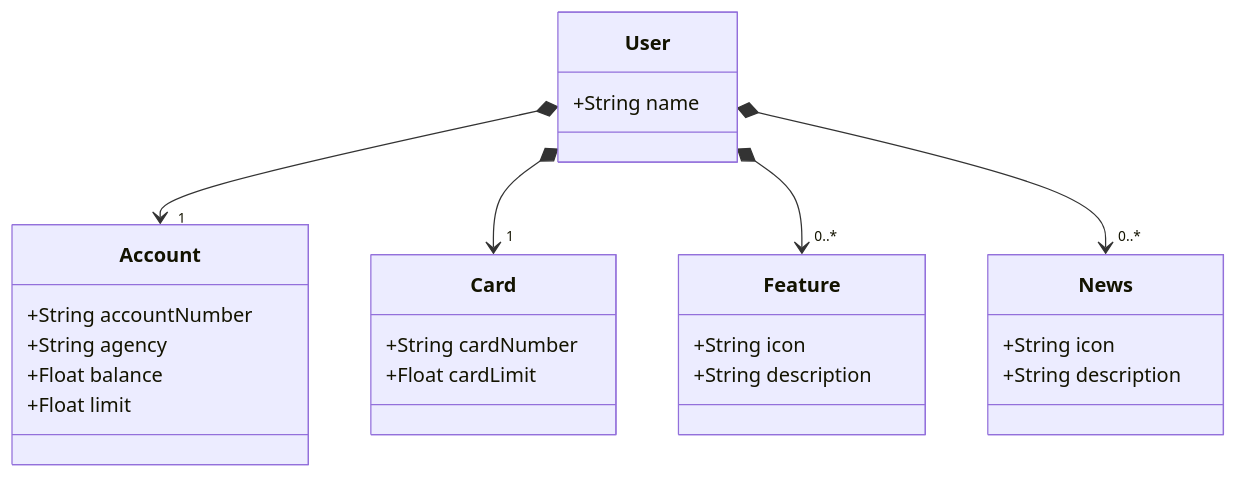
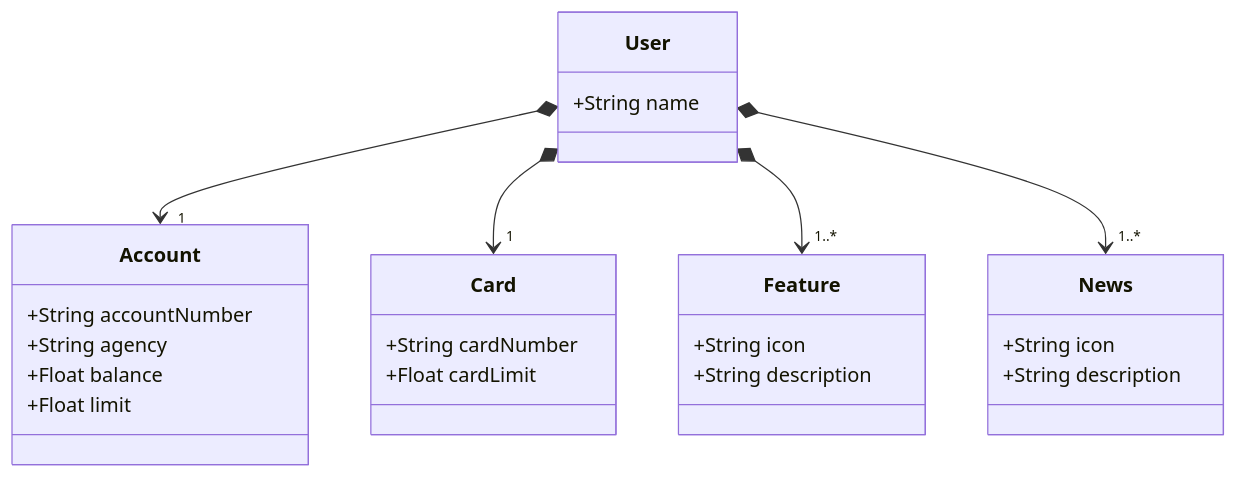
One commit to AnaBeatrizBentoSilva/dio-restful-api-santander-dev-week-2023 changed the diagram in README.md. Above: the diagram before and after it, drawn with Mermaid.

````diff
--- a/README.md
+++ b/README.md
@@ -6,33 +6,33 @@
 ```mermaid
 classDiagram
   class User {
     +String name
   }
 
   class Account {
     +String accountNumber
     +String agency
     +Float balance
     +Float limit
   }
 
   class Feature {
     +String icon
     +String description
   }
 
   class Card {
     +String cardNumber
     +Float cardLimit
   }
 
   class News {
     +String icon
     +String description
   }
 
   User *--> "1" Account
   User *--> "1" Card
-  User *--> "0..*" Feature
-  User *--> "0..*" News
+  User *--> "1..*" Feature
+  User *--> "1..*" News
 ```
````
